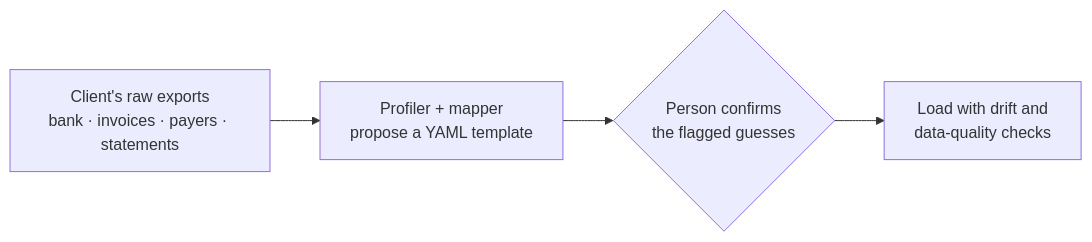
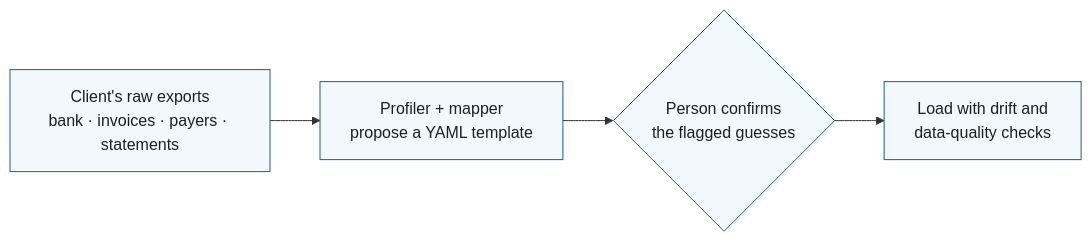
Before and after one commit to amithkm9/reconcile: the fourth of 4 diagrams in README.md, drawn with Mermaid. The commit also changed other lines of this file, not shown here.

Commit message:
Unify README diagram colors

````diff
--- a/README.md
+++ b/README.md
@@ -197,6 +199,7 @@
 ```mermaid
 flowchart LR
     E["Client's raw exports<br/>bank · invoices · payers · statements"] --> P["Profiler + mapper<br/>propose a YAML template"]
     P --> H{"Person confirms<br/>the flagged guesses"}
     H --> V["Load with drift and<br/>data-quality checks"]
+    classDef default fill:#f3f8fc,stroke:#1f5f8b,color:#1b1f24
 ```
````
